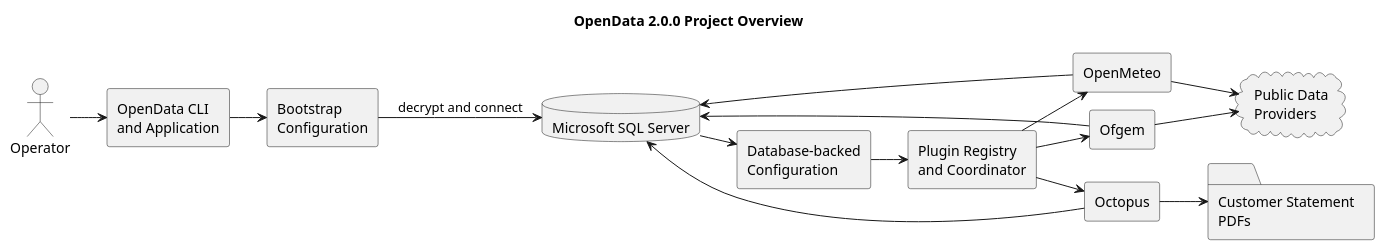
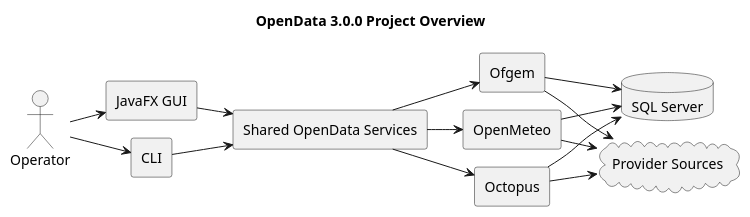
Before and after one commit to TerryCurranZellis/OpenData: the diagram in docs/diagrams/source/project-overview.puml, drawn with PlantUML. The commit also changed 268 other files, not shown here.

```diff
--- a/docs/diagrams/source/project-overview.puml
+++ b/docs/diagrams/source/project-overview.puml
@@ -1,34 +1,29 @@
 @startuml
 !pragma layout smetana
-title OpenData 2.0.0 Project Overview
+title OpenData 3.0.0 Project Overview
 left to right direction
 skinparam componentStyle rectangle
-skinparam shadowing false
-
 actor Operator
-component "OpenData CLI\nand Application" as App
-component "Bootstrap\nConfiguration" as Bootstrap
-component "Database-backed\nConfiguration" as Config
-component "Plugin Registry\nand Coordinator" as Framework
+component "JavaFX GUI" as GUI
+component "CLI" as CLI
+component "Shared OpenData Services" as Core
 component "Ofgem" as Ofgem
 component "OpenMeteo" as Meteo
 component "Octopus" as Octopus
-cloud "Public Data\nProviders" as Public
-folder "Customer Statement\nPDFs" as PDFs
-database "Microsoft SQL Server" as Db
+database "SQL Server" as DB
+cloud "Provider Sources" as Sources
 
-Operator --> App
-App --> Bootstrap
-Bootstrap --> Db : decrypt and connect
-Db --> Config
-Config --> Framework
-Framework --> Ofgem
-Framework --> Meteo
-Framework --> Octopus
-Ofgem --> Public
-Meteo --> Public
-Octopus --> PDFs
-Ofgem --> Db
-Meteo --> Db
-Octopus --> Db
+Operator --> GUI
+Operator --> CLI
+GUI --> Core
+CLI --> Core
+Core --> Ofgem
+Core --> Meteo
+Core --> Octopus
+Ofgem --> Sources
+Meteo --> Sources
+Octopus --> Sources
+Ofgem --> DB
+Meteo --> DB
+Octopus --> DB
 @enduml
```
